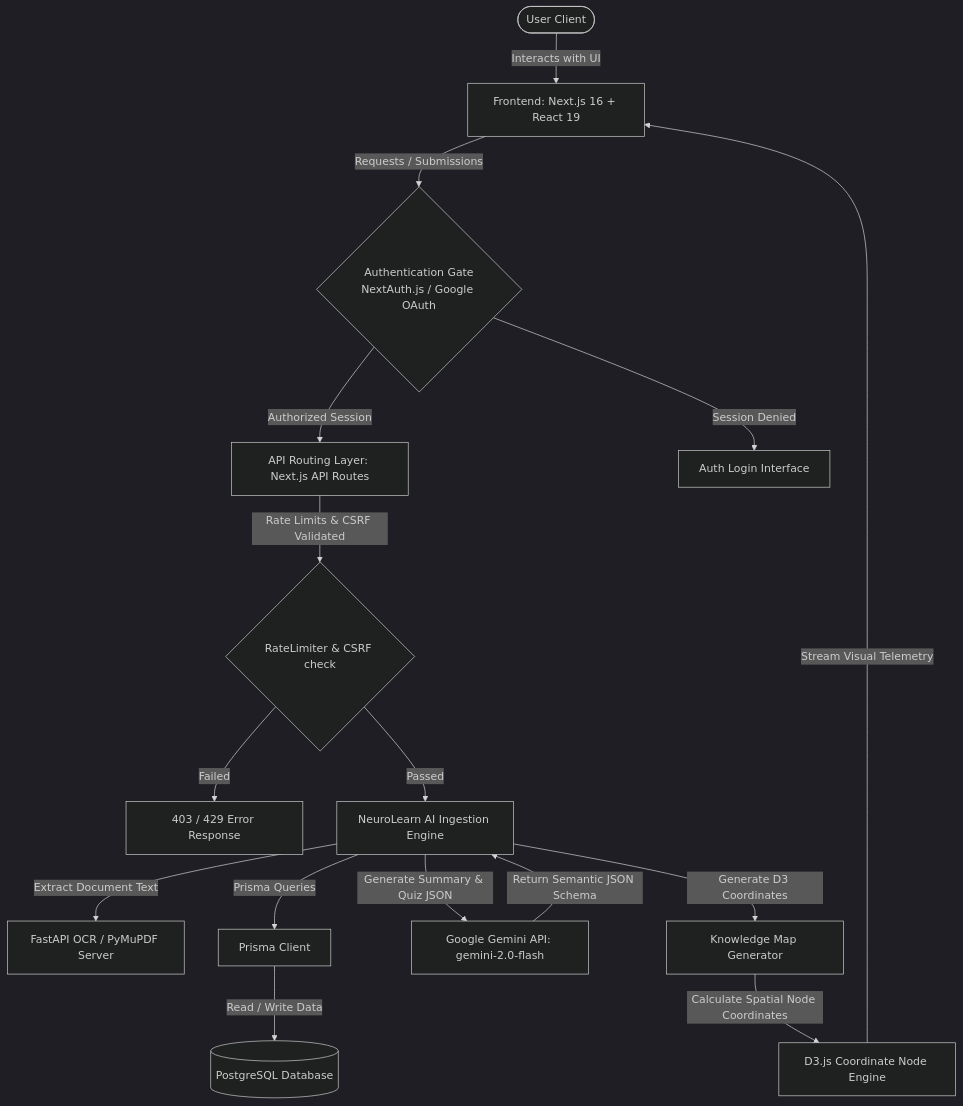
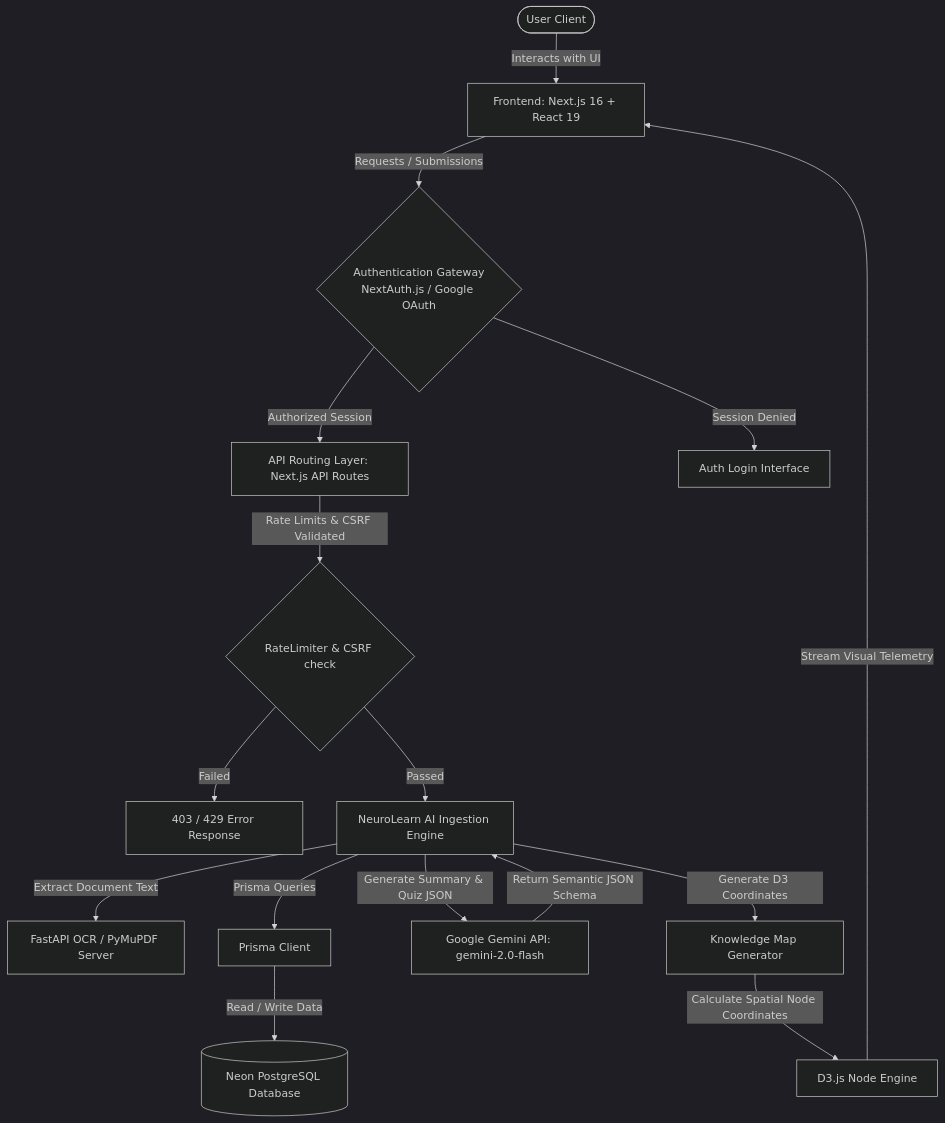
One commit to yash-008-dev/yash-008-dev changed the first of 2 diagrams in README.md. Above: the diagram before and after it, drawn with Mermaid (dark theme). The commit also changed other lines of this file, not shown here.

````diff
--- a/README.md
+++ b/README.md
@@ -83,18 +81,18 @@
 ```mermaid
 flowchart TD
     User([User Client]) -->|Interacts with UI| FE[Frontend: Next.js 16 + React 19]
-    FE -->|Requests / Submissions| Auth{Authentication Gate\nNextAuth.js / Google OAuth}
+    FE -->|Requests / Submissions| Auth{Authentication Gateway\nNextAuth.js / Google OAuth}
     Auth -->|Authorized Session| API[API Routing Layer: Next.js API Routes]
     Auth -->|Session Denied| Login[Auth Login Interface]
     API -->|Rate Limits & CSRF Validated| CSRF{RateLimiter & CSRF check}
     CSRF -->|Failed| Blocked[403 / 429 Error Response]
     CSRF -->|Passed| AI_Engine[NeuroLearn AI Ingestion Engine]
     AI_Engine -->|Extract Document Text| PY_Service[FastAPI OCR / PyMuPDF Server]
     AI_Engine -->|Prisma Queries| Prisma[Prisma Client]
-    Prisma -->|Read / Write Data| DB[(PostgreSQL Database)]
+    Prisma -->|Read / Write Data| DB[(Neon PostgreSQL Database)]
     AI_Engine -->|Generate Summary & Quiz JSON| Gemini[Google Gemini API: gemini-2.0-flash]
     Gemini -->|Return Semantic JSON Schema| AI_Engine
     AI_Engine -->|Generate D3 Coordinates| Map_Gen[Knowledge Map Generator]
-    Map_Gen -->|Calculate Spatial Node Coordinates| D3[D3.js Coordinate Node Engine]
+    Map_Gen -->|Calculate Spatial Node Coordinates| D3[D3.js Node Engine]
     D3 -->|Stream Visual Telemetry| FE
 ```
````
